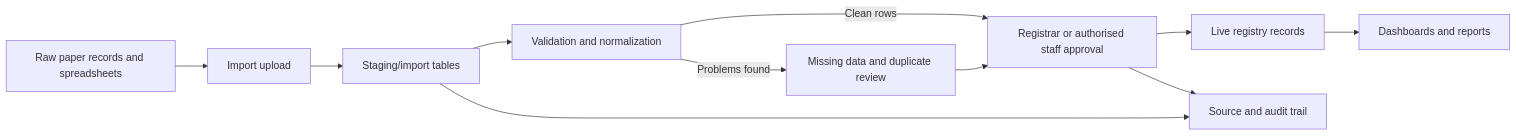
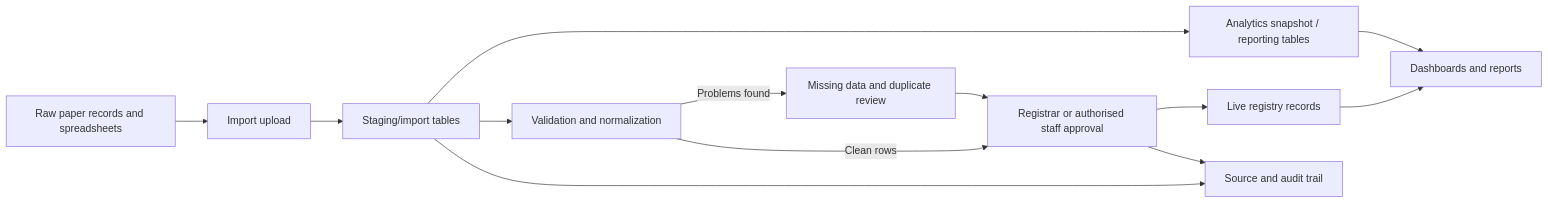
The fourth of 5 diagrams in docs/government_launch_package/02_technical_architecture.md (darrenpp/DjangoProject), drawn with Mermaid before and after one commit. The commit also changed other lines of this file and 461 other files, not shown here.

````diff
--- a/docs/government_launch_package/02_technical_architecture.md
+++ b/docs/government_launch_package/02_technical_architecture.md
@@ -100,23 +109,26 @@
 ```mermaid
 flowchart LR
     Raw[Raw paper records and spreadsheets]
     Upload[Import upload]
     Stage[Staging/import tables]
     Validate[Validation and normalization]
     Issues[Missing data and duplicate review]
     Approve[Registrar or authorised staff approval]
     Live[Live registry records]
+    Snapshot[Analytics snapshot / reporting tables]
     Reports[Dashboards and reports]
     Audit[Source and audit trail]
 
     Raw --> Upload
     Upload --> Stage
     Stage --> Validate
     Validate -->|Clean rows| Approve
     Validate -->|Problems found| Issues
     Issues --> Approve
     Approve --> Live
+    Stage --> Snapshot
     Live --> Reports
+    Snapshot --> Reports
     Stage --> Audit
     Approve --> Audit
 ```
````
